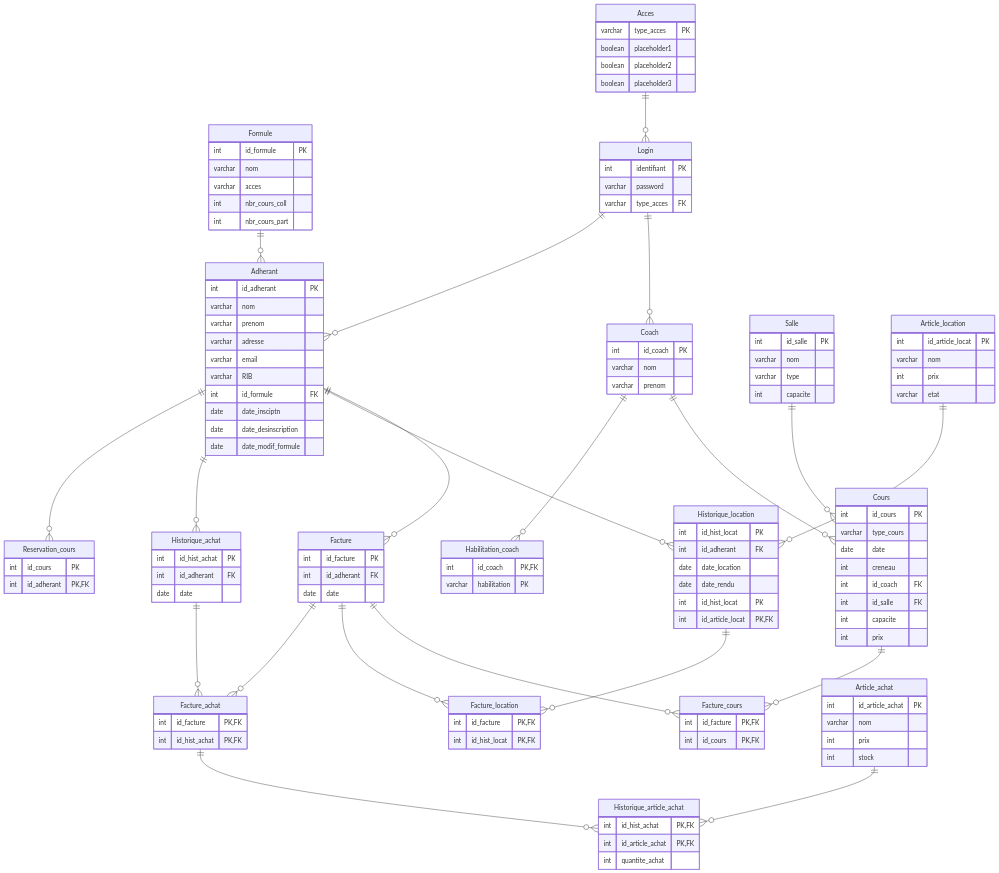
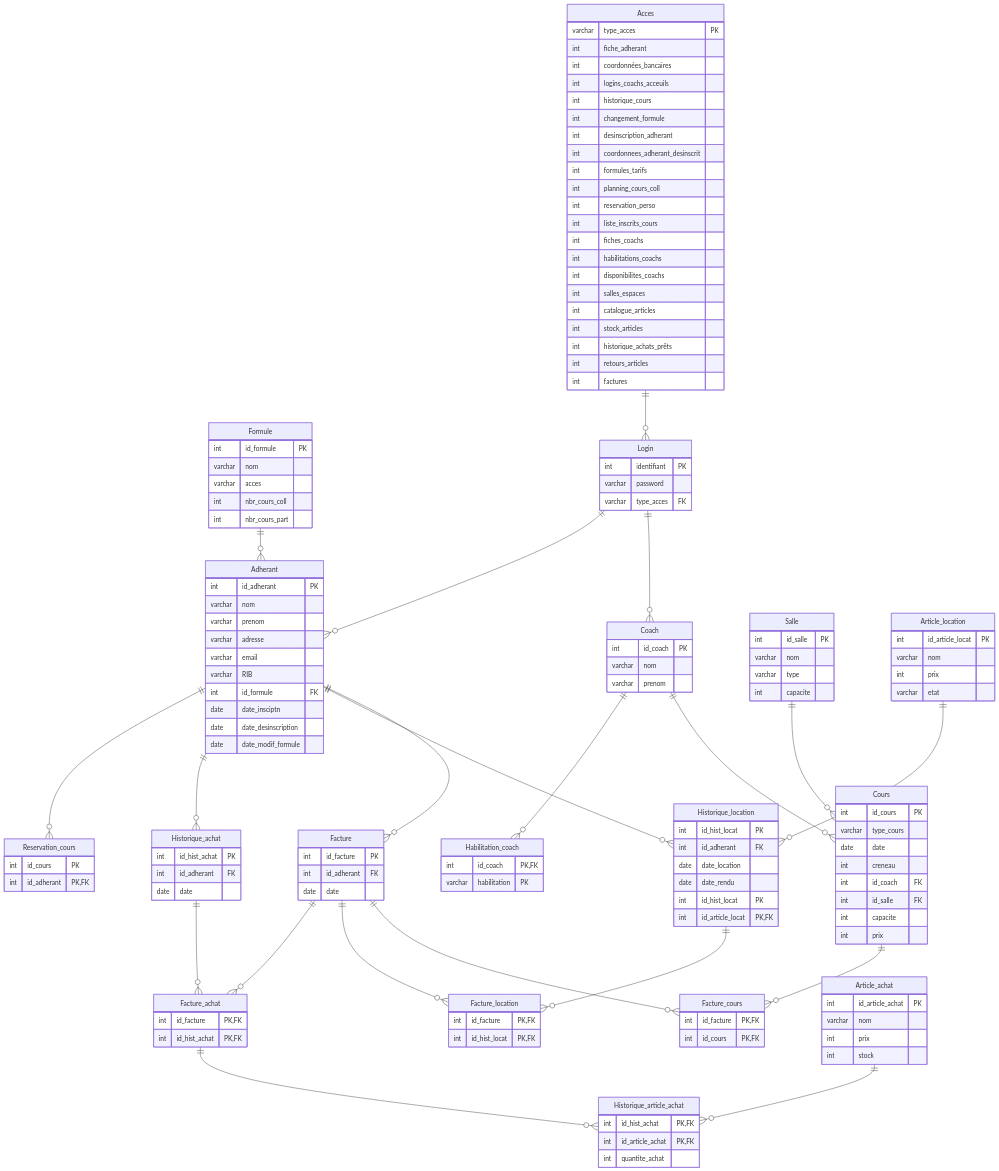
The second of 2 diagrams in L2/Modelisation_BDD/AMS/modelisation.md (strakss3/cours-CERI), drawn with Mermaid before and after one commit. The commit also changed other lines of this file and 2 other files, not shown here.

```diff
--- a/L2/Modelisation_BDD/AMS/modelisation.md
+++ b/L2/Modelisation_BDD/AMS/modelisation.md
@@ -302,9 +300,26 @@
 
     Acces {
         varchar type_acces PK
-        boolean placeholder1
-        boolean placeholder2
-        boolean placeholder3
+        int fiche_adherant
+        int coordonnées_bancaires
+        int logins_coachs_acceuils
+        int historique_cours
+        int changement_formule
+        int desinscription_adherant
+        int coordonnees_adherant_desinscrit
+        int formules_tarifs
+        int planning_cours_coll
+        int reservation_perso
+        int liste_inscrits_cours
+        int fiches_coachs
+        int habilitations_coachs
+        int disponibilites_coachs
+        int salles_espaces
+        int catalogue_articles
+        int stock_articles
+        int historique_achats_prêts
+        int retours_articles
+        int factures
     }
 
     Login {
```
